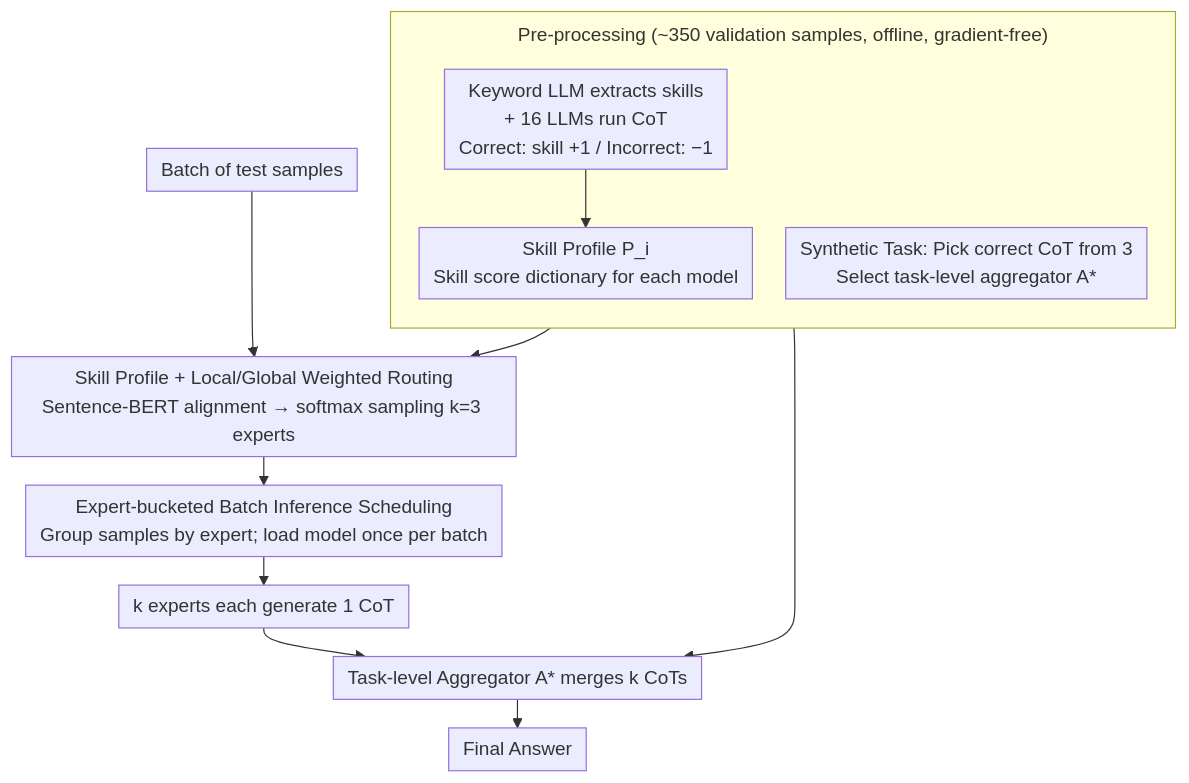
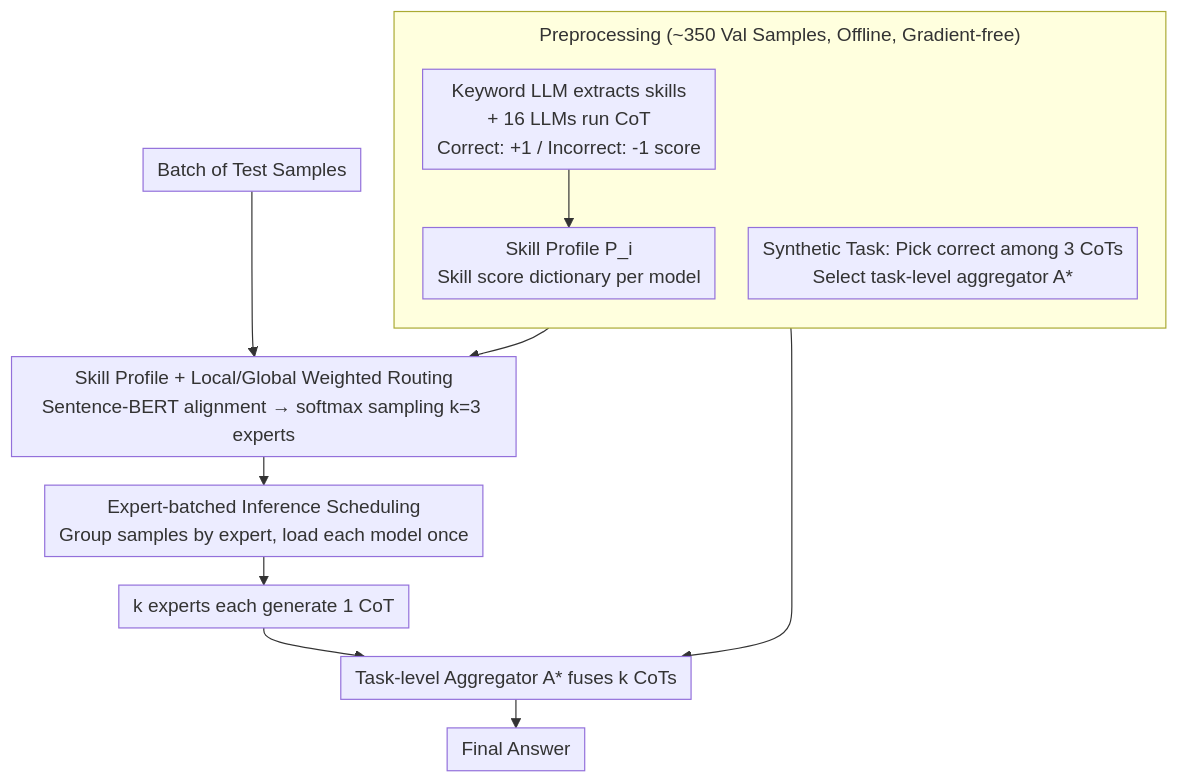
Before and after one commit to zhaoyang97/Paper-Notes-en: the diagram in docs/ICML2026/llm_efficiency/skill-based_mixture-of-experts_adaptive_routing_for_heterogeneous_reasoning_via_.md, drawn with Mermaid. The commit also changed other lines of this file and 5084 other files, not shown here.

````diff
--- a/docs/ICML2026/llm_efficiency/skill-based_mixture-of-experts_adaptive_routing_for_heterogeneous_reasoning_via_.md
+++ b/docs/ICML2026/llm_efficiency/skill-based_mixture-of-experts_adaptive_routing_for_heterogeneous_reasoning_via_.md
@@ -45,19 +45,19 @@
 ```mermaid
 %%{init: {'flowchart': {'rankSpacing': 24, 'nodeSpacing': 28, 'padding': 6, 'wrappingWidth': 400, 'subGraphTitleMargin': {'top': 8, 'bottom': 16}}}}%%
 flowchart TD
-    subgraph PRE["Pre-processing (~350 validation samples, offline, gradient-free)"]
+    subgraph PRE["Preprocessing (~350 Val Samples, Offline, Gradient-free)"]
         direction TB
-        P1["Keyword LLM extracts skills<br/>+ 16 LLMs run CoT<br/>Correct: skill +1 / Incorrect: −1"]
-        P3["Skill Profile P_i<br/>Skill score dictionary for each model"]
-        P4["Synthetic Task: Pick correct CoT from 3<br/>Select task-level aggregator A*"]
+        P1["Keyword LLM extracts skills<br/>+ 16 LLMs run CoT<br/>Correct: +1 / Incorrect: -1 score"]
+        P3["Skill Profile P_i<br/>Skill score dictionary per model"]
+        P4["Synthetic Task: Pick correct among 3 CoTs<br/>Select task-level aggregator A*"]
         P1 --> P3
     end
-    Q["Batch of test samples"] --> R
+    Q["Batch of Test Samples"] --> R
     P3 --> R
     R["Skill Profile + Local/Global Weighted Routing<br/>Sentence-BERT alignment → softmax sampling k=3 experts"]
-    R --> BATCH["Expert-bucketed Batch Inference Scheduling<br/>Group samples by expert; load model once per batch"]
+    R --> BATCH["Expert-batched Inference Scheduling<br/>Group samples by expert, load each model once"]
     BATCH --> E["k experts each generate 1 CoT"]
-    E --> AGG["Task-level Aggregator A* merges k CoTs"]
+    E --> AGG["Task-level Aggregator A* fuses k CoTs"]
     P4 --> AGG
     AGG --> OUT["Final Answer"]
 ```
````
